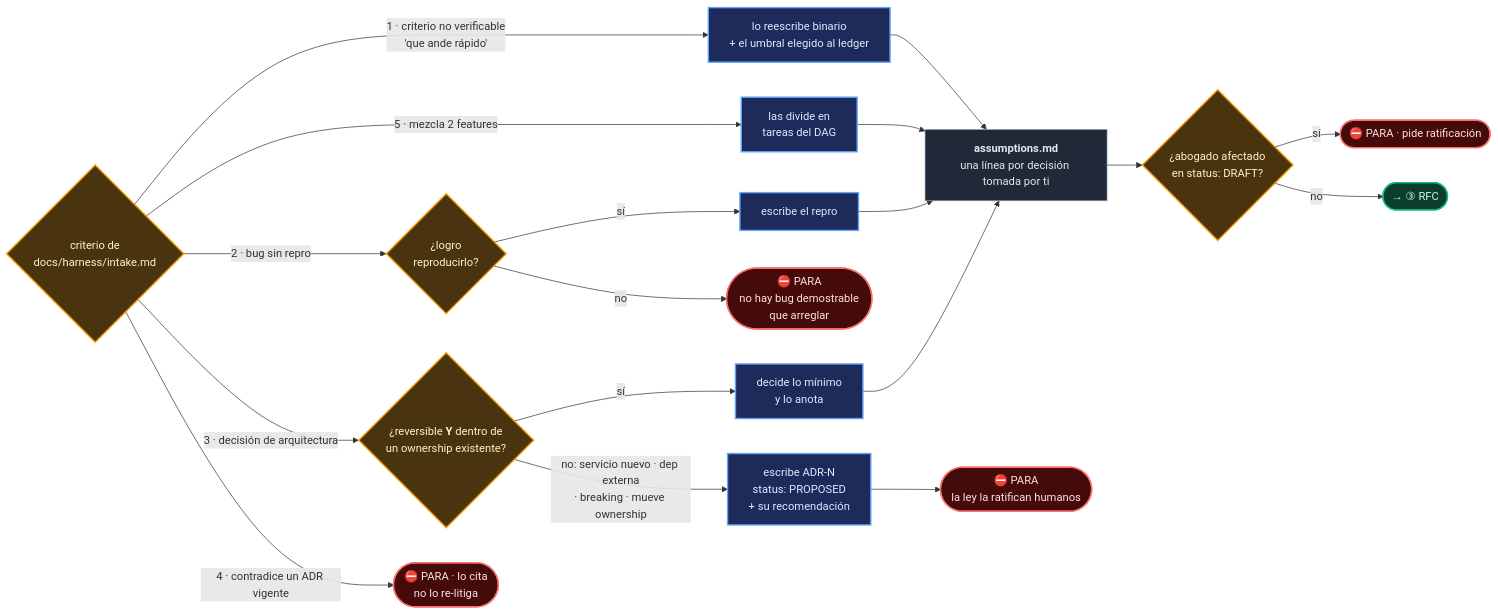
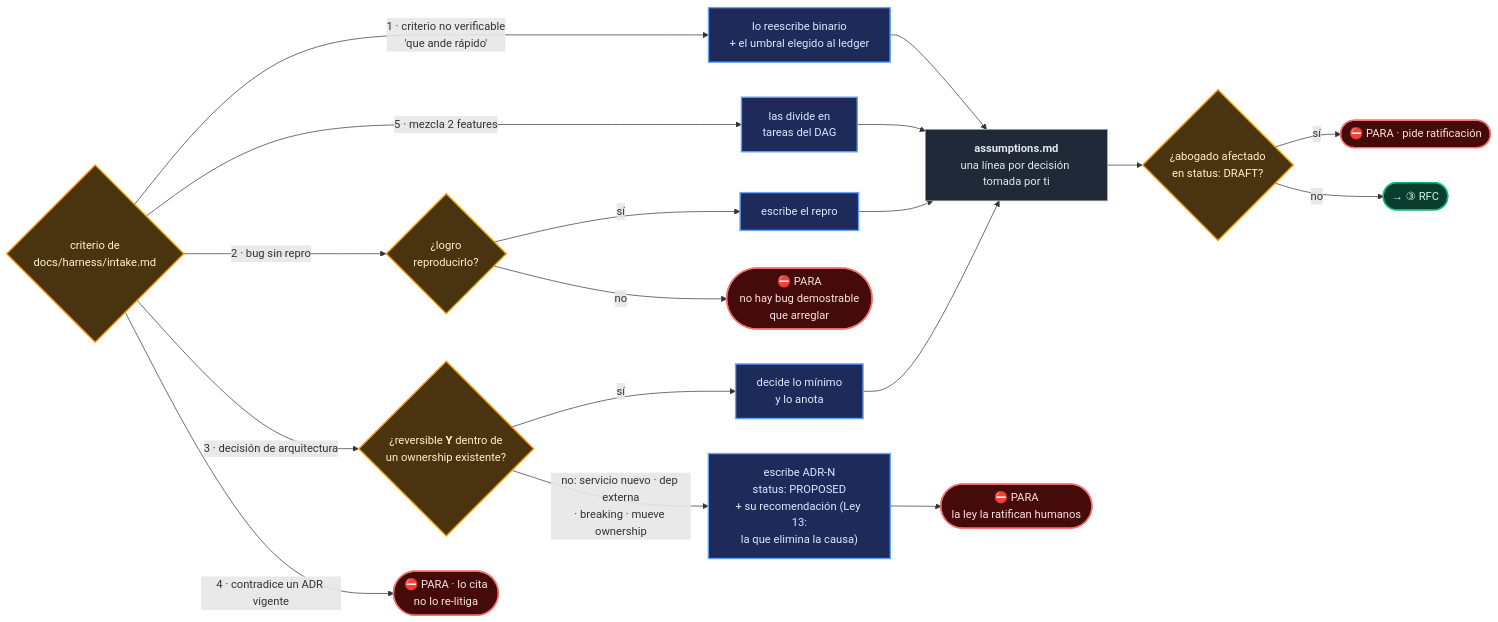
One commit to andresgarcia29/harness-creator changed the third of 7 diagrams in README.md. Above: the diagram before and after it, drawn with Mermaid. The commit also changed other lines of this file and 1 other file, not shown here.

````diff
--- a/README.md
+++ b/README.md
@@ -276,28 +337,28 @@
 ```mermaid
 flowchart LR
   V{"criterio de<br/>docs/harness/intake.md"}:::dec
   V -->|"1 · criterio no verificable<br/>'que ande rápido'"| A1["lo reescribe binario<br/>+ el umbral elegido al ledger"]:::agent
   V -->|"5 · mezcla 2 features"| A2["las divide en<br/>tareas del DAG"]:::agent
   V -->|"2 · bug sin repro"| D2{"¿logro<br/>reproducirlo?"}:::dec
   D2 -->|"sí"| A3["escribe el repro"]:::agent
   D2 -->|"no"| S1(["⛔ PARA<br/>no hay bug demostrable<br/>que arreglar"]):::stop
   V -->|"3 · decisión de arquitectura"| D3{"¿reversible <b>Y</b> dentro de<br/>un ownership existente?"}:::dec
   D3 -->|"sí"| A4["decide lo mínimo<br/>y lo anota"]:::agent
-  D3 -->|"no: servicio nuevo · dep externa<br/>· breaking · mueve ownership"| A5["escribe ADR-N<br/>status: PROPOSED<br/>+ su recomendación"]:::agent
+  D3 -->|"no: servicio nuevo · dep externa<br/>· breaking · mueve ownership"| A5["escribe ADR-N<br/>status: PROPOSED<br/>+ su recomendación (Ley 13:<br/>la que elimina la causa)"]:::agent
   A5 --> S2(["⛔ PARA<br/>la ley la ratifican humanos"]):::stop
   V -->|"4 · contradice un ADR vigente"| S3(["⛔ PARA · lo cita<br/>no lo re-litiga"]):::stop
   A1 --> L
   A2 --> L
   A3 --> L
   A4 --> L
   L["<b>assumptions.md</b><br/>una línea por decisión tomada por ti"]:::art
   L --> DR{"¿abogado afectado<br/>en status: DRAFT?"}:::dec
   DR -->|"sí"| S4(["⛔ PARA · pide ratificación"]):::stop
   DR -->|"no"| R(["→ ③ RFC"]):::script
 
 classDef agent fill:#1e2a5a,stroke:#60a5fa,stroke-width:2px,color:#dbeafe
 classDef dec fill:#4a3410,stroke:#f59e0b,stroke-width:2px,color:#fef3c7
 classDef stop fill:#450a0a,stroke:#f87171,stroke-width:2px,color:#fee2e2
 classDef art fill:#1f2937,stroke:#9ca3af,stroke-width:1px,color:#e5e7eb
 classDef script fill:#0b3d2e,stroke:#10b981,stroke-width:2px,color:#d1fae5
 ```
````
